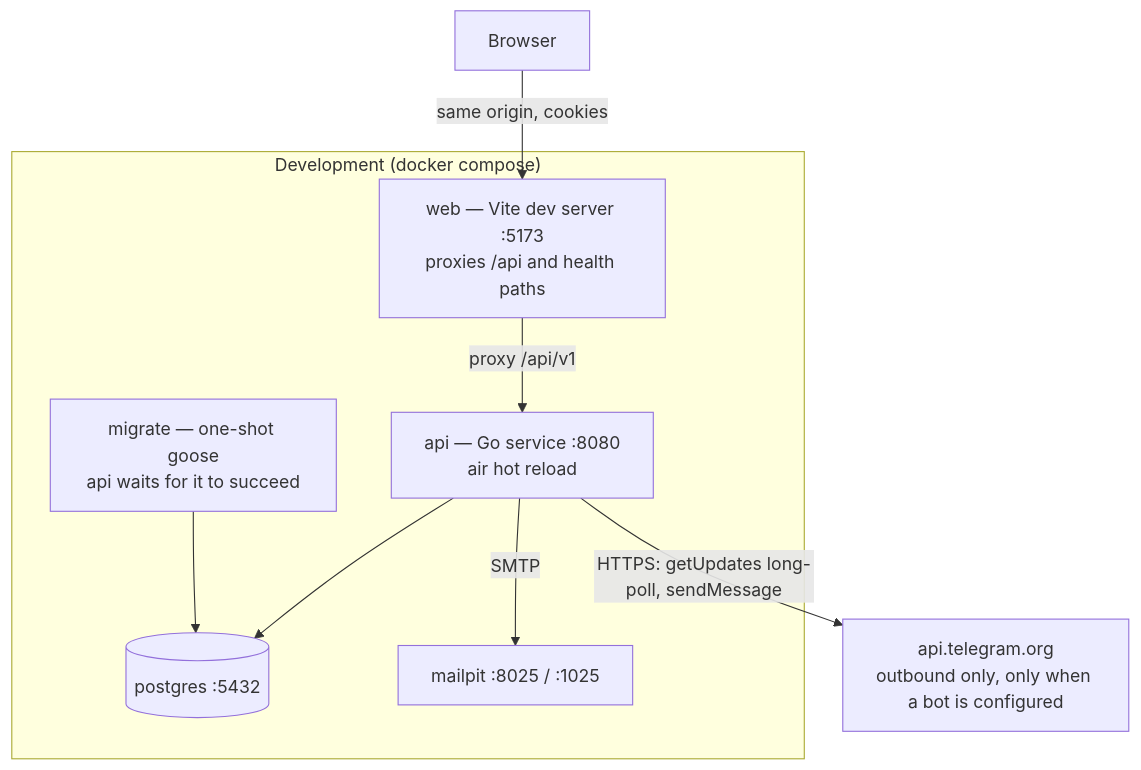
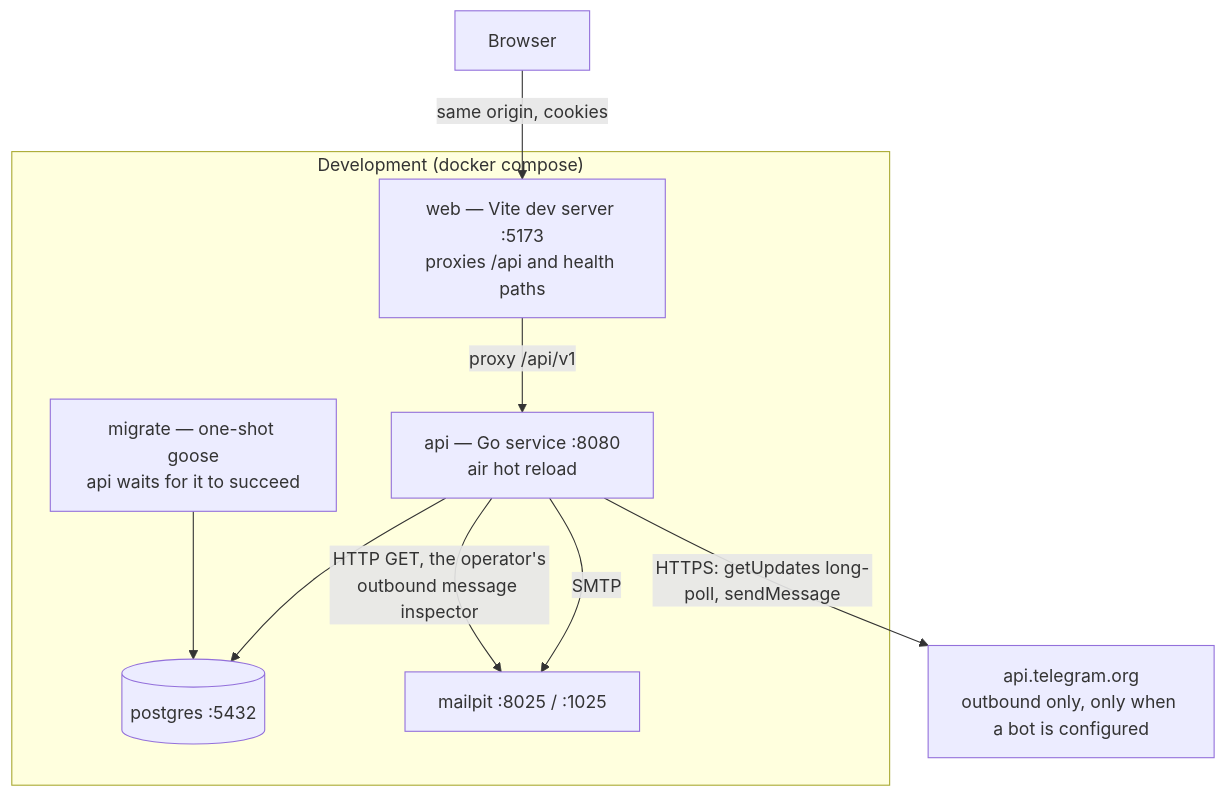
Before and after one commit to oandrz/Household: the first of 19 diagrams in docs/SYSTEM_DESIGN.md, drawn with Mermaid. The commit also changed other lines of this file and 36 other files, not shown here.

First line of the commit message:
Outbound message inspector: hand someone a link without an SSH tunnel (#17)

````diff
--- a/docs/SYSTEM_DESIGN.md
+++ b/docs/SYSTEM_DESIGN.md
@@ -132,21 +154,22 @@
 ```mermaid
 graph TD
     Browser["Browser"]
 
     subgraph dev["Development (docker compose)"]
         Web["web — Vite dev server :5173<br/>proxies /api and health paths"]
         API["api — Go service :8080<br/>air hot reload"]
         PG[("postgres :5432")]
         Mail["mailpit :8025 / :1025"]
         Migrate["migrate — one-shot goose<br/>api waits for it to succeed"]
     end
 
     TG["api.telegram.org<br/>outbound only, only when a bot is configured"]
 
     Browser -->|"same origin, cookies"| Web
     Web -->|"proxy /api/v1"| API
     API --> PG
     API -->|SMTP| Mail
+    API -->|"HTTP GET, the operator's<br/>outbound message inspector"| Mail
     API -->|"HTTPS: getUpdates long-poll, sendMessage"| TG
     Migrate --> PG
 ```
````
